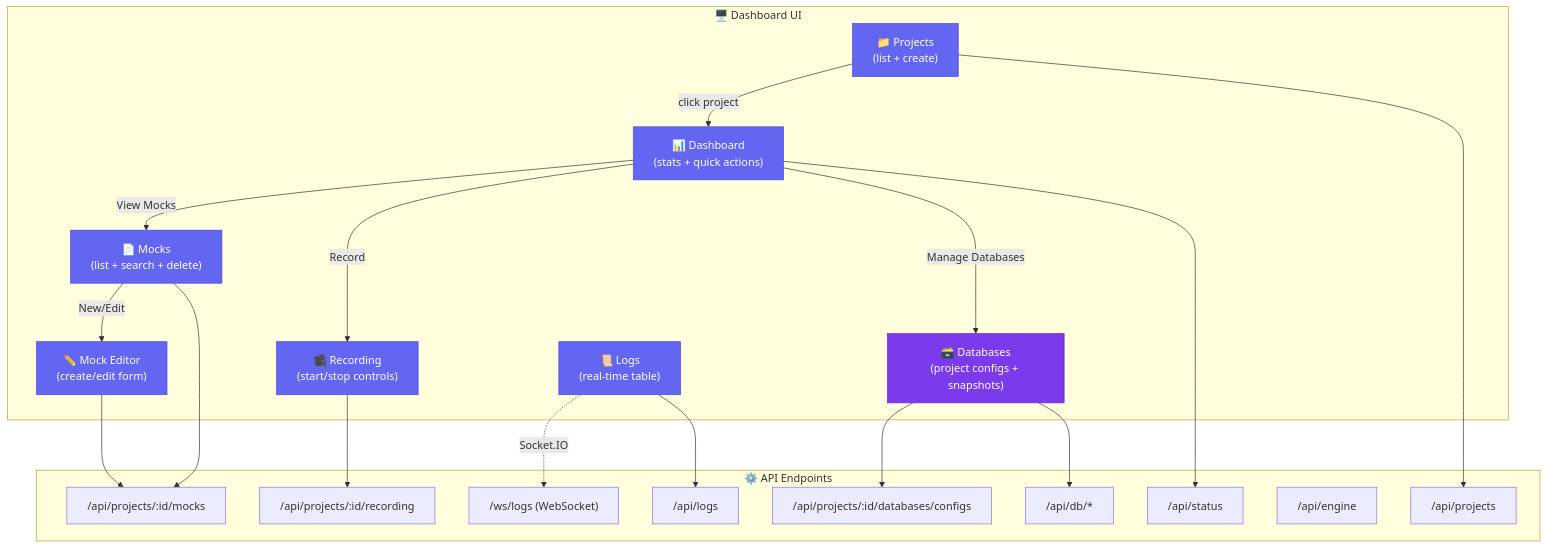
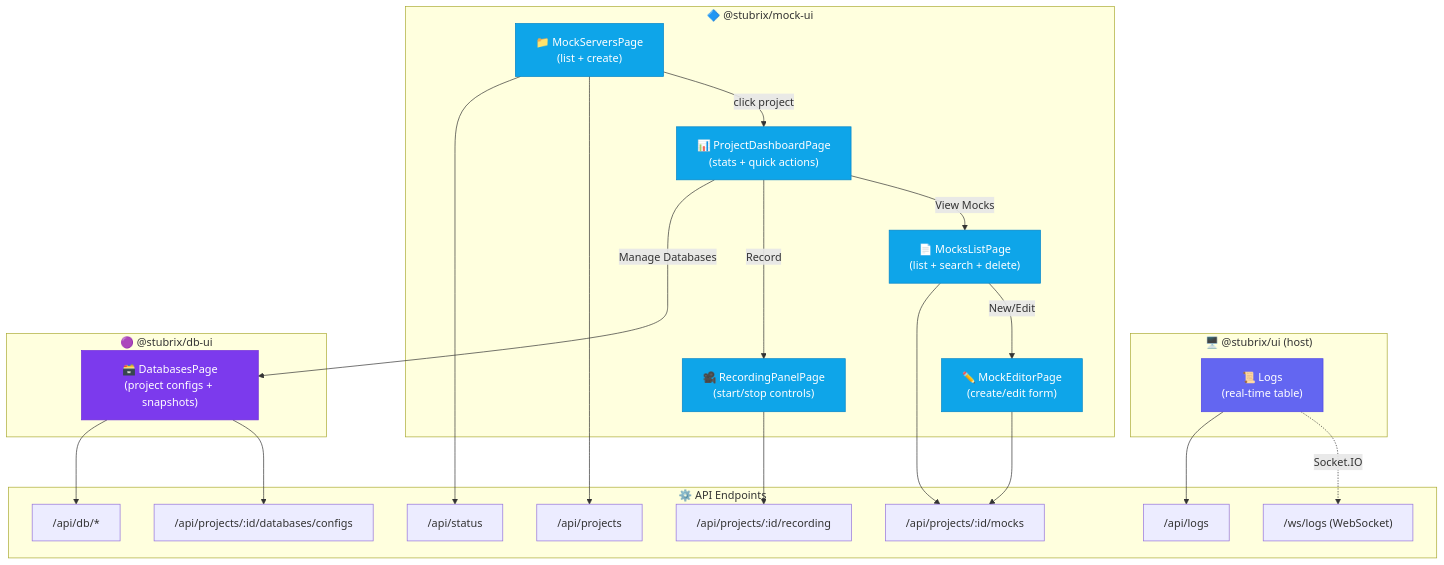
Before and after one commit to marcelo-davanco/stubrix: the second of 11 diagrams in README.md, drawn with Mermaid. The commit also changed other lines of this file and 4 other files, not shown here.

Commit message:
📝 docs: update all READMEs to reflect v1.3.0 architecture

````diff
--- a/README.md
+++ b/README.md
@@ -156,48 +167,53 @@
 ```mermaid
 graph TD
-    subgraph "🖥️ Dashboard UI"
-        PP["📁 Projects\n(list + create)"]
-        DP["📊 Dashboard\n(stats + quick actions)"]
-        MP["📄 Mocks\n(list + search + delete)"]
-        ME["✏️ Mock Editor\n(create/edit form)"]
-        RP["🎥 Recording\n(start/stop controls)"]
-        DBP["🗃️ Databases\n(project configs + snapshots)"]
+    subgraph "🖥️ @stubrix/ui (host)"
         LP["📜 Logs\n(real-time table)"]
+    end
+
+    subgraph "🔷 @stubrix/mock-ui"
+        PP["📁 MockServersPage\n(list + create)"]
+        DP["📊 ProjectDashboardPage\n(stats + quick actions)"]
+        MP["📄 MocksListPage\n(list + search + delete)"]
+        ME["✏️ MockEditorPage\n(create/edit form)"]
+        RP["🎥 RecordingPanelPage\n(start/stop controls)"]
+    end
+
+    subgraph "🟣 @stubrix/db-ui"
+        DBP["🗃️ DatabasesPage\n(project configs + snapshots)"]
     end
 
     subgraph "⚙️ API Endpoints"
         P["/api/projects"]
         M["/api/projects/:id/mocks"]
         R["/api/projects/:id/recording"]
         DBC["/api/projects/:id/databases/configs"]
         DB["/api/db/*"]
         L["/api/logs"]
         S["/api/status"]
-        E["/api/engine"]
         WS["/ws/logs (WebSocket)"]
     end
 
     PP -->|"click project"| DP
     DP -->|"View Mocks"| MP
     DP -->|"Record"| RP
     DP -->|"Manage Databases"| DBP
     MP -->|"New/Edit"| ME
     LP -.->|"Socket.IO"| WS
 
     PP --> P
+    PP --> S
     MP --> M
     ME --> M
     RP --> R
     DBP --> DBC
     DBP --> DB
     LP --> L
-    DP --> S
 
-    style PP fill:#6366f1,color:#fff,stroke:#4f46e5
-    style DP fill:#6366f1,color:#fff,stroke:#4f46e5
-    style MP fill:#6366f1,color:#fff,stroke:#4f46e5
-    style ME fill:#6366f1,color:#fff,stroke:#4f46e5
-    style RP fill:#6366f1,color:#fff,stroke:#4f46e5
+    style PP fill:#0ea5e9,color:#fff,stroke:#0284c7
+    style DP fill:#0ea5e9,color:#fff,stroke:#0284c7
+    style MP fill:#0ea5e9,color:#fff,stroke:#0284c7
+    style ME fill:#0ea5e9,color:#fff,stroke:#0284c7
+    style RP fill:#0ea5e9,color:#fff,stroke:#0284c7
     style DBP fill:#7c3aed,color:#fff,stroke:#6d28d9
     style LP fill:#6366f1,color:#fff,stroke:#4f46e5
 ```
````
